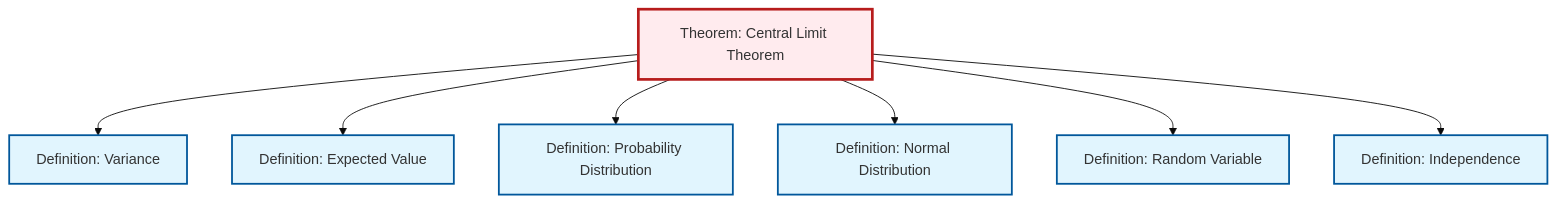
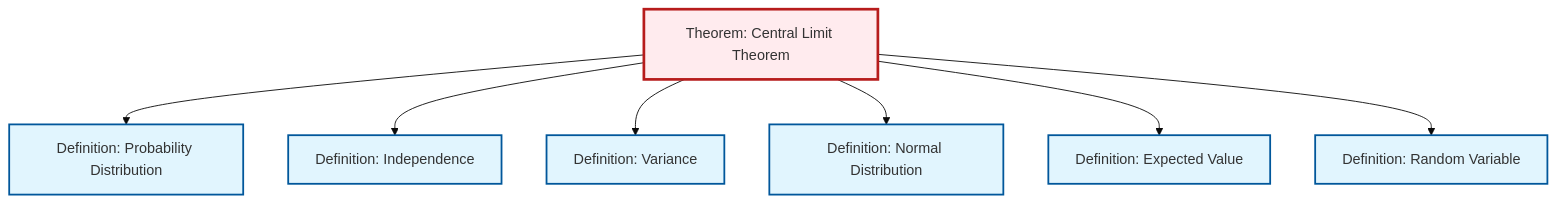
Before and after one commit to RK0429/ModernMath: the second of 2 diagrams in content/en/probability-statistics/thm-central-limit.qmd, drawn with Mermaid (base theme). The commit also changed other lines of this file and 1012 other files, not shown here.

````diff
--- a/content/en/probability-statistics/thm-central-limit.qmd
+++ b/content/en/probability-statistics/thm-central-limit.qmd
@@ -111,29 +111,29 @@
 ```{mermaid}
 %%| fig-cap: "Local dependency graph"
 graph TD
     classDef definition fill:#e1f5fe,stroke:#01579b,stroke-width:2px
     classDef theorem fill:#f3e5f5,stroke:#4a148c,stroke-width:2px
     classDef axiom fill:#fff3e0,stroke:#e65100,stroke-width:2px
     classDef example fill:#e8f5e9,stroke:#1b5e20,stroke-width:2px
     classDef current fill:#ffebee,stroke:#b71c1c,stroke-width:3px
+    def-probability-distribution["Definition: Probability Distribution"]:::definition
     def-expectation["Definition: Expected Value"]:::definition
+    def-random-variable["Definition: Random Variable"]:::definition
+    def-independence["Definition: Independence"]:::definition
+    def-normal-distribution["Definition: Normal Distribution"]:::definition
     thm-central-limit["Theorem: Central Limit Theorem"]:::theorem
-    def-random-variable["Definition: Random Variable"]:::definition
     def-variance["Definition: Variance"]:::definition
-    def-independence["Definition: Independence"]:::definition
-    def-probability-distribution["Definition: Probability Distribution"]:::definition
-    def-normal-distribution["Definition: Normal Distribution"]:::definition
+    thm-central-limit --> def-probability-distribution
+    thm-central-limit --> def-independence
     thm-central-limit --> def-variance
+    thm-central-limit --> def-normal-distribution
     thm-central-limit --> def-expectation
-    thm-central-limit --> def-probability-distribution
-    thm-central-limit --> def-normal-distribution
     thm-central-limit --> def-random-variable
-    thm-central-limit --> def-independence
     class thm-central-limit current
+    click def-probability-distribution "def-probability-distribution.html" "Go to Probability Distribution definition"
     click def-expectation "def-expectation.html" "Go to Expected Value definition"
     click def-random-variable "def-random-variable.html" "Go to Random Variable definition"
+    click def-independence "def-independence.html" "Go to Independence definition"
+    click def-normal-distribution "def-normal-distribution.html" "Go to Normal Distribution definition"
     click def-variance "def-variance.html" "Go to Variance definition"
-    click def-independence "def-independence.html" "Go to Independence definition"
-    click def-probability-distribution "def-probability-distribution.html" "Go to Probability Distribution definition"
-    click def-normal-distribution "def-normal-distribution.html" "Go to Normal Distribution definition"
 ```
````
